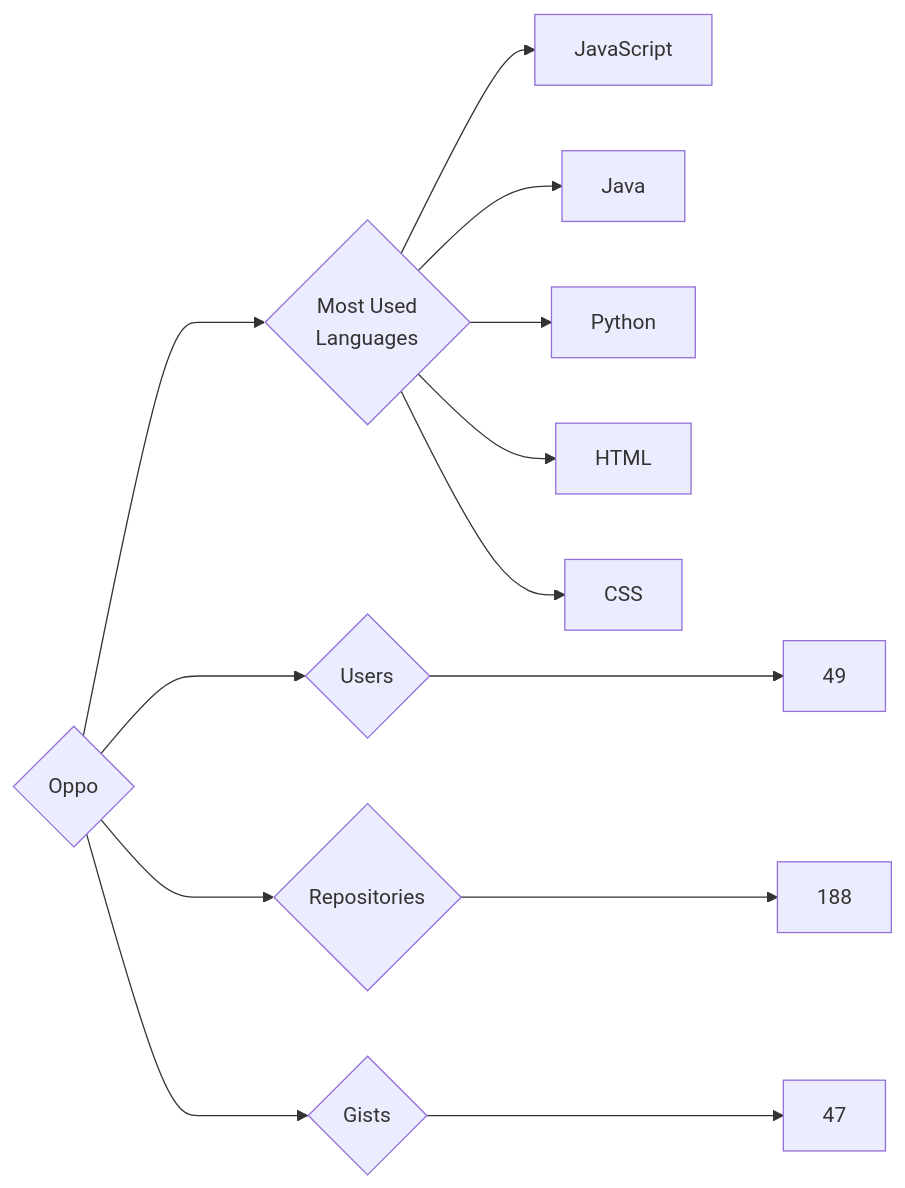
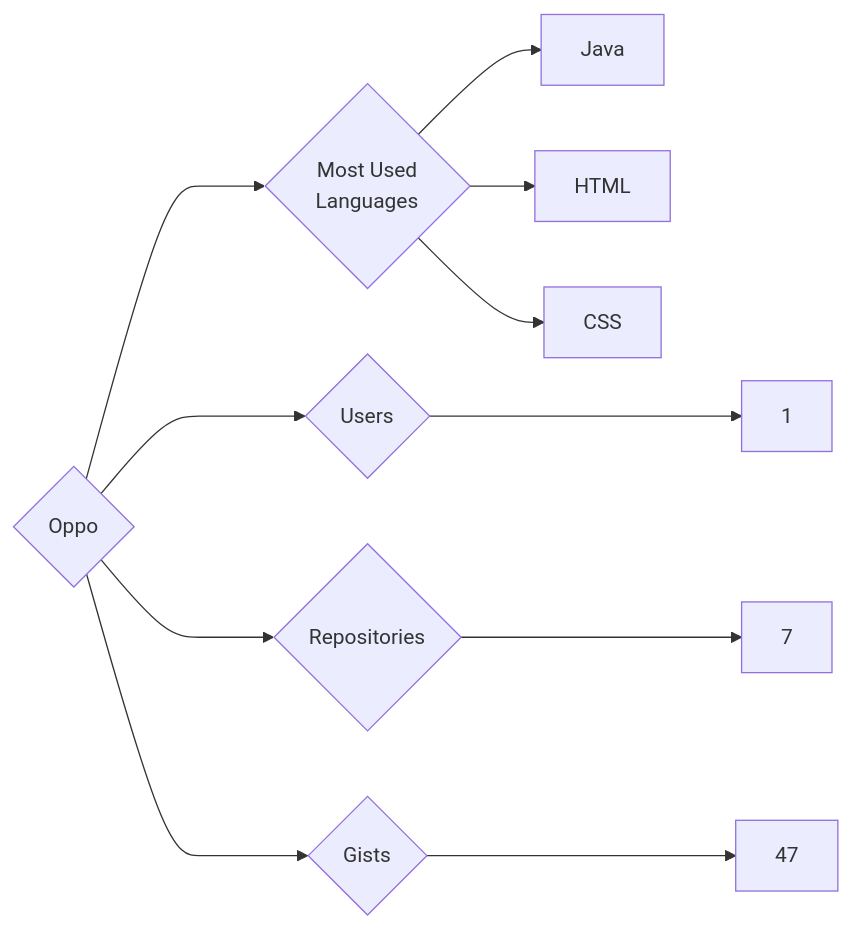
One commit to trickest/insiders changed the diagram in targets/Oppo/README.md. Above: the diagram before and after it, drawn with Mermaid. The commit also changed 770 other files, not shown here.

````diff
--- a/targets/Oppo/README.md
+++ b/targets/Oppo/README.md
@@ -3,13 +3,11 @@
 ```mermaid
 graph LR
 COMPANY_NAME{Oppo}
-COMPANY_NAME ---> U{Users} ---> UN[49]
-COMPANY_NAME ---> R{Repositories} ---> RN[188]
+COMPANY_NAME ---> U{Users} ---> UN[1]
+COMPANY_NAME ---> R{Repositories} ---> RN[7]
 COMPANY_NAME ---> G{Gists} ---> GN[47]
 COMPANY_NAME ---> ML{Most Used<br>Languages}
-ML --> JavaScript[JavaScript]
 ML --> Java[Java]
-ML --> Python[Python]
 ML --> HTML[HTML]
 ML --> CSS[CSS]
 ```
````
